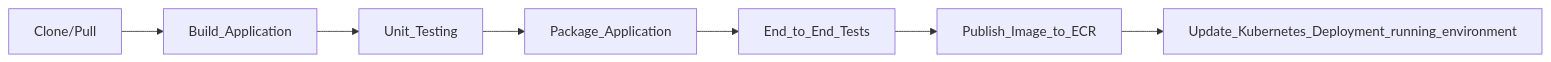
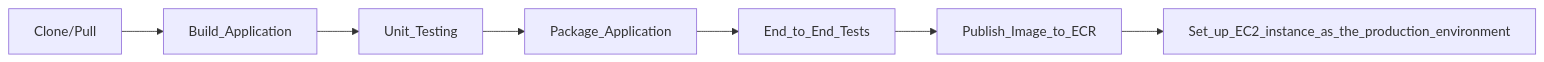
The diagram in README.md (tamer98/entryTracker_Mid_Project), drawn with Mermaid before and after one commit.

````diff
--- a/README.md
+++ b/README.md
@@ -75,9 +75,9 @@
 ```mermaid
 graph LR
     Clone/Pull --> Build_Application
     Build_Application --> Unit_Testing
     Unit_Testing  --> Package_Application
     Package_Application --> End_to_End_Tests
     End_to_End_Tests --> Publish_Image_to_ECR
-    Publish_Image_to_ECR --> Update_Kubernetes_Deployment_running_environment
+    Publish_Image_to_ECR --> Set_up_EC2_instance_as_the_production_environment
 ```
````
